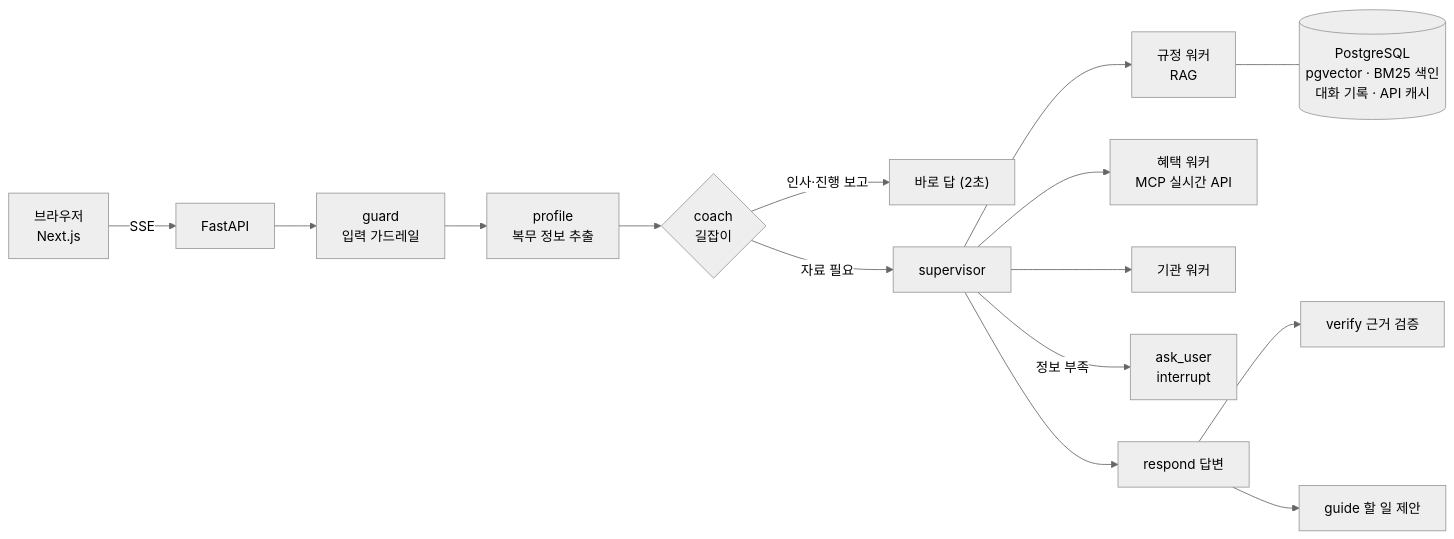
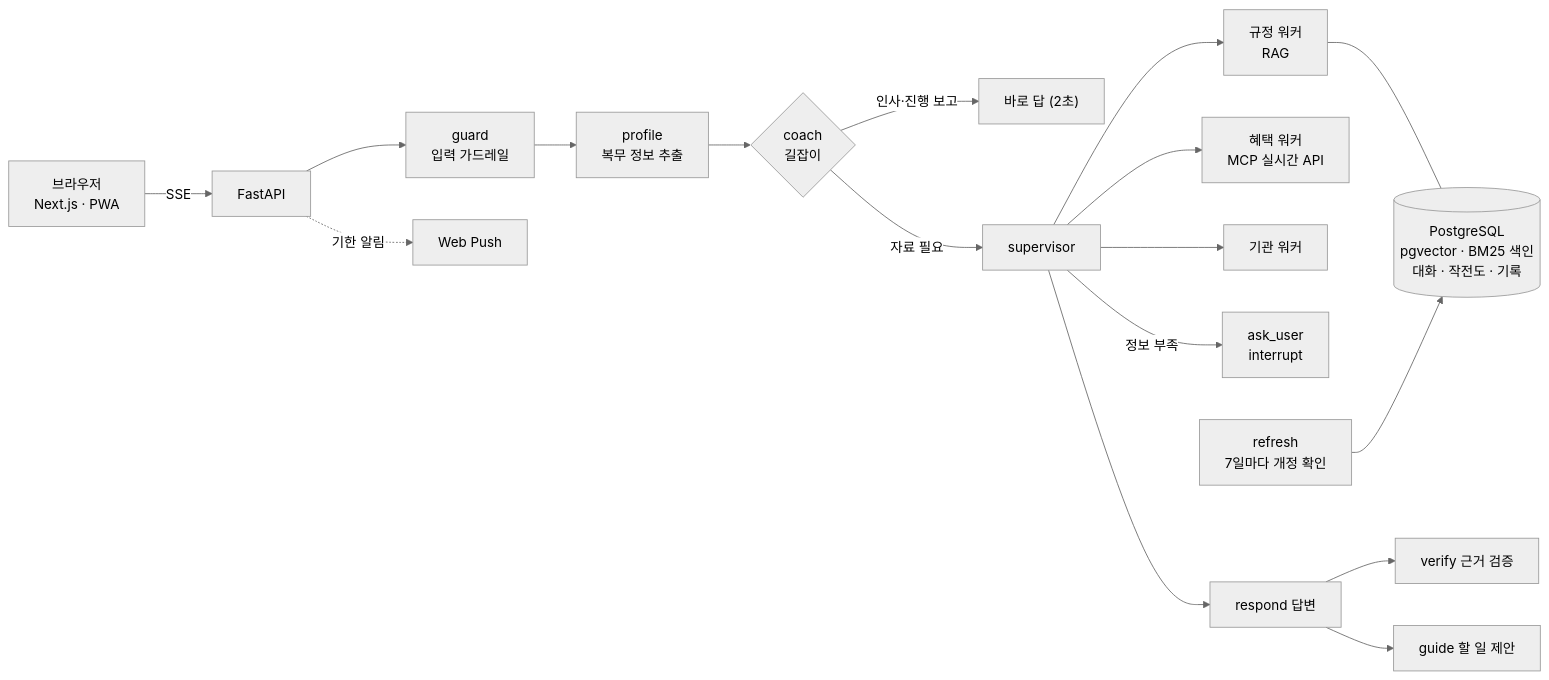
The first of 2 diagrams in README.md (snail5039-code/jeonyeok_helper), drawn with Mermaid (neutral theme) before and after one commit. The commit also changed other lines of this file and 6 other files, not shown here.

````diff
--- a/README.md
+++ b/README.md
@@ -48,14 +67,16 @@
 ```mermaid
 flowchart LR
-    U["브라우저<br/>Next.js"] -->|SSE| API["FastAPI"]
+    U["브라우저<br/>Next.js · PWA"] -->|SSE| API["FastAPI"]
     API --> G["guard<br/>입력 가드레일"] --> P["profile<br/>복무 정보 추출"] --> C{"coach<br/>길잡이"}
     C -->|인사·진행 보고| T["바로 답 (2초)"]
     C -->|자료 필요| S["supervisor"]
     S --> W1["규정 워커<br/>RAG"]
     S --> W2["혜택 워커<br/>MCP 실시간 API"]
     S --> W3["기관 워커"]
     S -->|정보 부족| Q["ask_user<br/>interrupt"]
     S --> R["respond 답변"] --> V["verify 근거 검증"]
     R --> GD["guide 할 일 제안"]
-    W1 --- DB[("PostgreSQL<br/>pgvector · BM25 색인<br/>대화 기록 · API 캐시")]
+    W1 --- DB[("PostgreSQL<br/>pgvector · BM25 색인<br/>대화 · 작전도 · 기록")]
+    RF["refresh<br/>7일마다 개정 확인"] --> DB
+    API -. 기한 알림 .-> WP["Web Push"]
 ```
````
